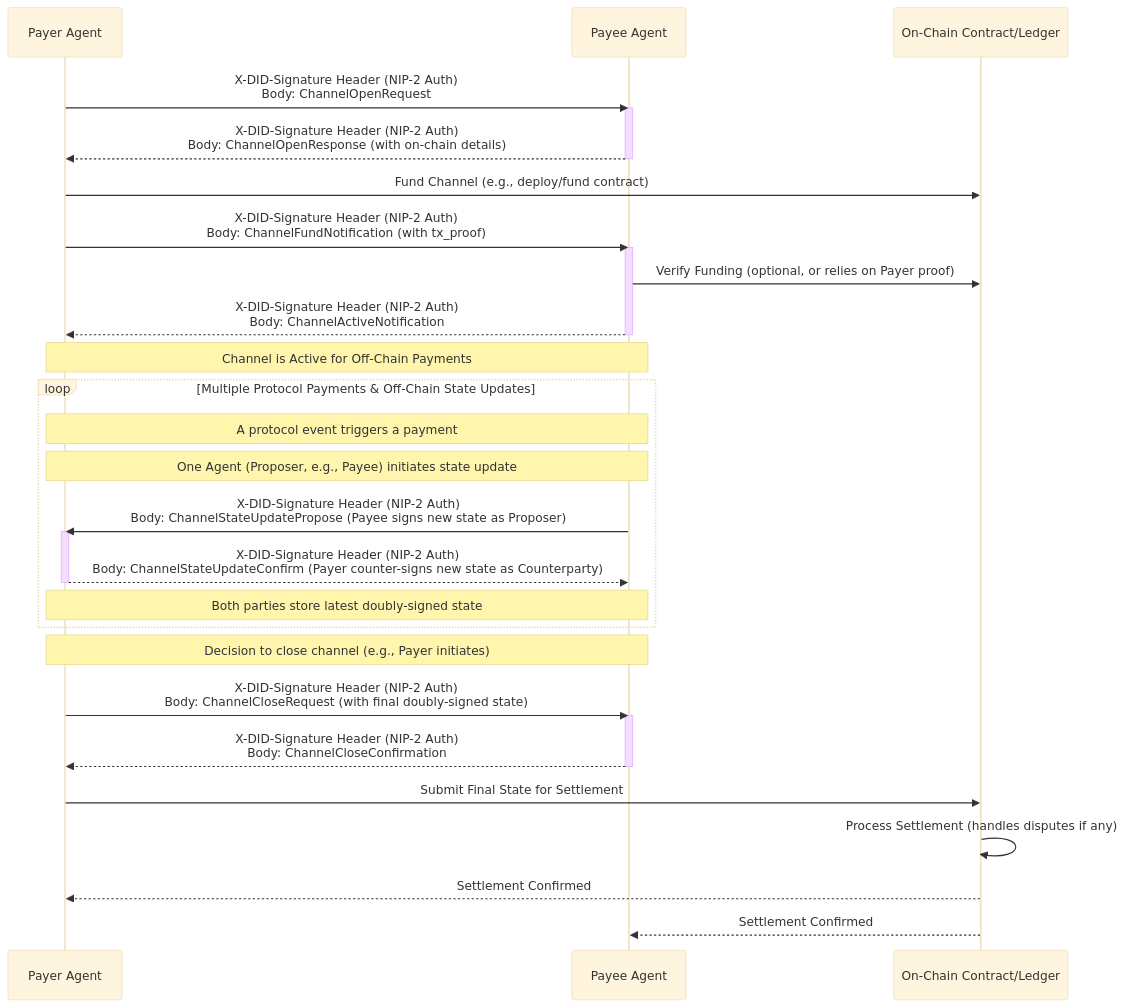
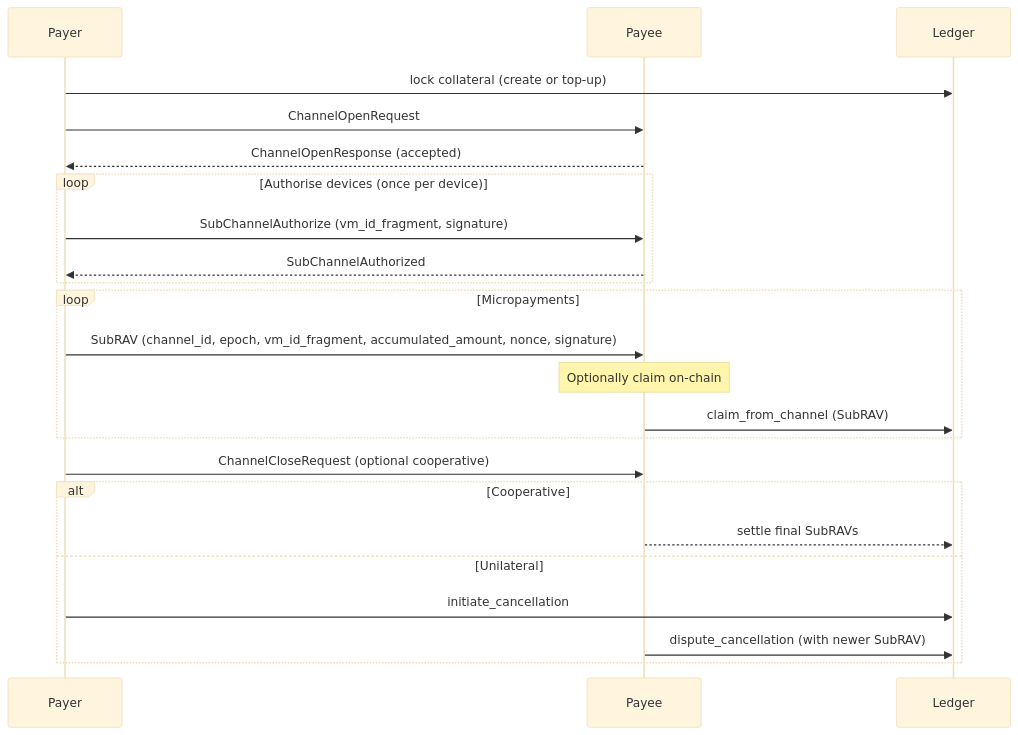
The diagram in nips/nip-4.md (nuwa-protocol/NIPs), drawn with Mermaid (base theme) before and after one commit. The commit also changed other lines of this file, not shown here.

````diff
--- a/nips/nip-4.md
+++ b/nips/nip-4.md
@@ -296,41 +42,29 @@
 ```mermaid
 sequenceDiagram
-    participant Payer as Payer Agent
-    participant Payee as Payee Agent
-    participant OnChain as On-Chain Contract/Ledger
+    participant Payer
+    participant Payee
+    participant Ledger
 
-    Payer->>Payee: X-DID-Signature Header (NIP-2 Auth)<br>Body: ChannelOpenRequest
-    activate Payee
-    Payee-->>Payer: X-DID-Signature Header (NIP-2 Auth)<br>Body: ChannelOpenResponse (with on-chain details)
-    deactivate Payee
+    Payer->>Ledger: lock collateral (create or top-up)
+    Payer->>Payee: ChannelOpenRequest
+    Payee-->>Payer: ChannelOpenResponse (accepted)
 
-    Payer->>OnChain: Fund Channel (e.g., deploy/fund contract)
-    Payer->>Payee: X-DID-Signature Header (NIP-2 Auth)<br>Body: ChannelFundNotification (with tx_proof)
-    activate Payee
-    Payee->>OnChain: Verify Funding (optional, or relies on Payer proof)
-    Payee-->>Payer: X-DID-Signature Header (NIP-2 Auth)<br>Body: ChannelActiveNotification
-    deactivate Payee
-    
-    Note over Payer, Payee: Channel is Active for Off-Chain Payments
-
-    loop Multiple Protocol Payments & Off-Chain State Updates
-        Note over Payer, Payee: A protocol event triggers a payment
-        Note over Payer, Payee: One Agent (Proposer, e.g., Payee) initiates state update
-        Payee->>Payer: X-DID-Signature Header (NIP-2 Auth)<br>Body: ChannelStateUpdatePropose (Payee signs new state as Proposer)
-        activate Payer
-        Payer-->>Payee: X-DID-Signature Header (NIP-2 Auth)<br>Body: ChannelStateUpdateConfirm (Payer counter-signs new state as Counterparty)
-        deactivate Payer
-        Note over Payer, Payee: Both parties store latest doubly-signed state
+    loop Authorise devices (once per device)
+        Payer->>Payee: SubChannelAuthorize (vm_id_fragment, signature)
+        Payee-->>Payer: SubChannelAuthorized
     end
 
-    Note over Payer, Payee: Decision to close channel (e.g., Payer initiates)
-    Payer->>Payee: X-DID-Signature Header (NIP-2 Auth)<br>Body: ChannelCloseRequest (with final doubly-signed state)
-    activate Payee
-    Payee-->>Payer: X-DID-Signature Header (NIP-2 Auth)<br>Body: ChannelCloseConfirmation
-    deactivate Payee
+    loop Micropayments
+        Payer->>Payee: SubRAV (channel_id, epoch, vm_id_fragment, accumulated_amount, nonce, signature)
+        Note over Payee: Optionally claim on-chain
+        Payee->>Ledger: claim_from_channel (SubRAV)
+    end
 
-    Payer->>OnChain: Submit Final State for Settlement
-    OnChain->>OnChain: Process Settlement (handles disputes if any)
-    OnChain-->>Payer: Settlement Confirmed
-    OnChain-->>Payee: Settlement Confirmed
+    Payer->>Payee: ChannelCloseRequest (optional cooperative)
+    alt Cooperative
+        Payee-->>Ledger: settle final SubRAVs
+    else Unilateral
+        Payer->>Ledger: initiate_cancellation
+        Payee->>Ledger: dispute_cancellation (with newer SubRAV)
+    end
 ```
````
